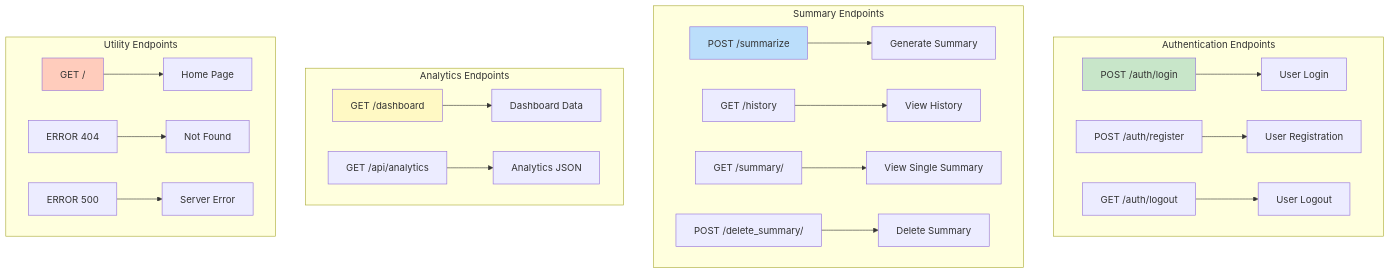
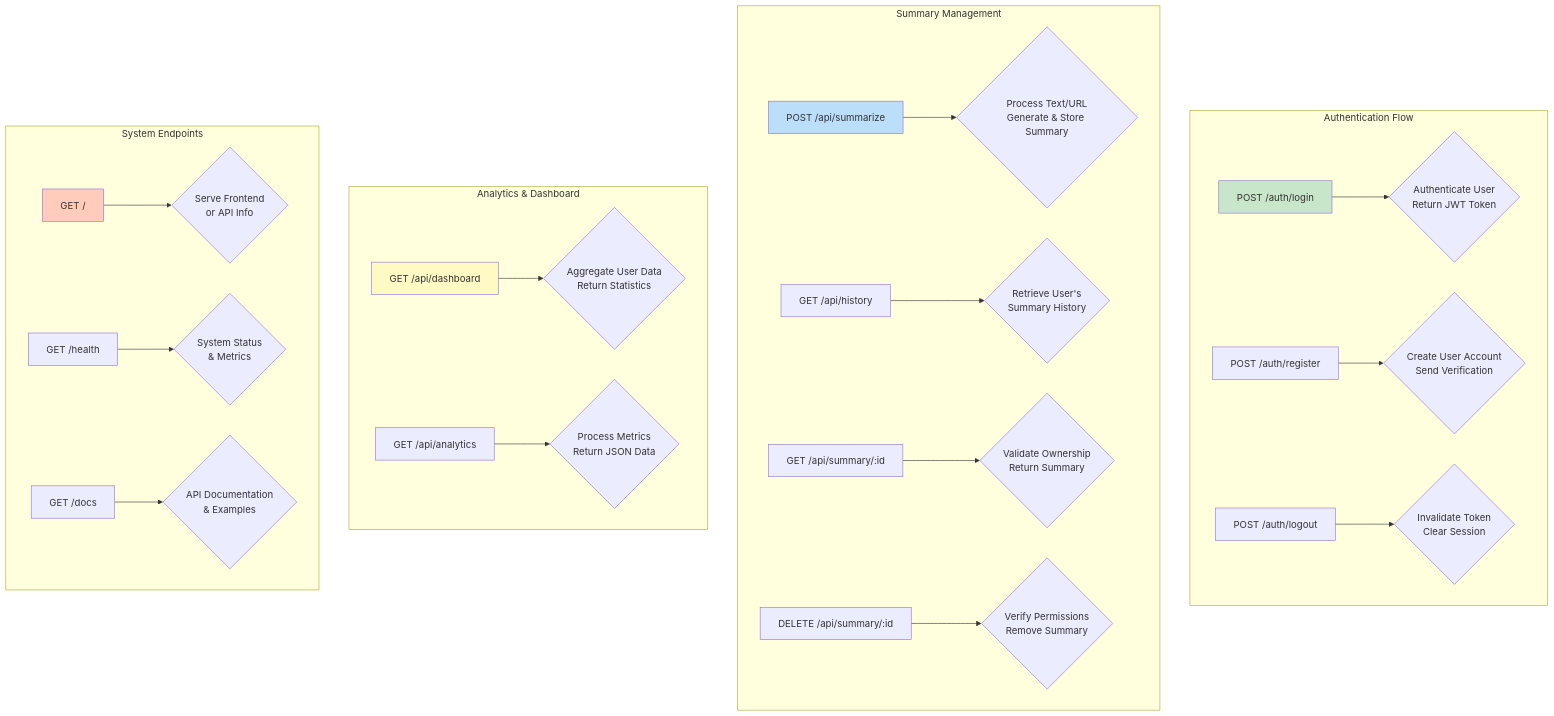
One commit to thato2-5/text_summarizer changed the ninth of 12 diagrams in readme.md. Above: the diagram before and after it, drawn with Mermaid. The commit also changed other lines of this file, not shown here.

First line of the commit message:
Revise API and monitoring diagrams for better clarity

````diff
--- a/readme.md
+++ b/readme.md
@@ -335,31 +335,31 @@
 ```mermaid
 graph TD
-    subgraph "Authentication Endpoints"
-        A1[POST /auth/login] --> A2[User Login]
-        B1[POST /auth/register] --> B2[User Registration]
-        C1[GET /auth/logout] --> C2[User Logout]
+    subgraph "Authentication Flow"
+        A1[POST /auth/login] --> A2{Authenticate User<br/>Return JWT Token}
+        B1[POST /auth/register] --> B2{Create User Account<br/>Send Verification}
+        C1[POST /auth/logout] --> C2{Invalidate Token<br/>Clear Session}
     end
 
-    subgraph "Summary Endpoints"
-        D1[POST /summarize] --> D2[Generate Summary]
-        E1[GET /history] --> E2[View History]
-        F1[GET /summary/<id>] --> F2[View Single Summary]
-        G1[POST /delete_summary/<id>] --> G2[Delete Summary]
+    subgraph "Summary Management"
+        D1[POST /api/summarize] --> D2{Process Text/URL<br/>Generate & Store Summary}
+        E1[GET /api/history] --> E2{Retrieve User's<br/>Summary History}
+        F1[GET /api/summary/:id] --> F2{Validate Ownership<br/>Return Summary}
+        G1[DELETE /api/summary/:id] --> G2{Verify Permissions<br/>Remove Summary}
     end
 
-    subgraph "Analytics Endpoints"
-        H1[GET /dashboard] --> H2[Dashboard Data]
-        I1[GET /api/analytics] --> I2[Analytics JSON]
+    subgraph "Analytics & Dashboard"
+        H1[GET /api/dashboard] --> H2{Aggregate User Data<br/>Return Statistics}
+        I1[GET /api/analytics] --> I2{Process Metrics<br/>Return JSON Data}
     end
 
-    subgraph "Utility Endpoints"
-        J1[GET /] --> J2[Home Page]
-        K1[ERROR 404] --> K2[Not Found]
-        L1[ERROR 500] --> L2[Server Error]
+    subgraph "System Endpoints"
+        J1[GET /] --> J2{Serve Frontend<br/>or API Info}
+        K1[GET /health] --> K2{System Status<br/>& Metrics}
+        L1[GET /docs] --> L2{API Documentation<br/>& Examples}
     end
 
     style A1 fill:#c8e6c9
     style D1 fill:#bbdefb
     style H1 fill:#fff9c4
     style J1 fill:#ffccbc
 ```
````
